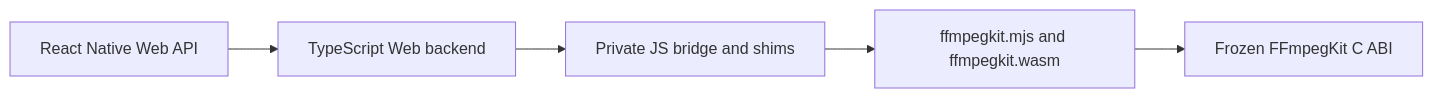
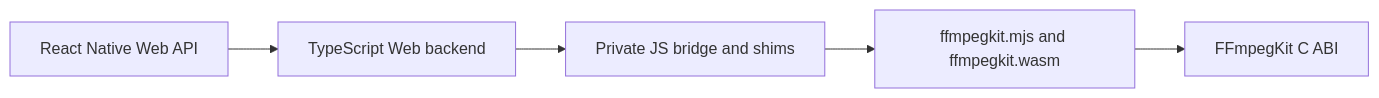
The diagram in react-native/doc/web-native-bridge.md (akashskypatel/ffmpeg-kit-extended), drawn with Mermaid before and after one commit. The commit also changed other lines of this file and 2 other files, not shown here.

````diff
--- a/react-native/doc/web-native-bridge.md
+++ b/react-native/doc/web-native-bridge.md
@@ -8,7 +8,7 @@
 ```mermaid
 flowchart LR
   App[React Native Web API] --> TS[TypeScript Web backend]
   TS --> Bridge[Private JS bridge and shims]
   Bridge --> Runtime[ffmpegkit.mjs and ffmpegkit.wasm]
-  Runtime --> C[Frozen FFmpegKit C ABI]
+  Runtime --> C[FFmpegKit C ABI]
 ```
````
